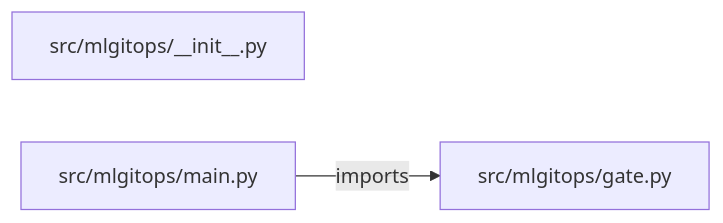
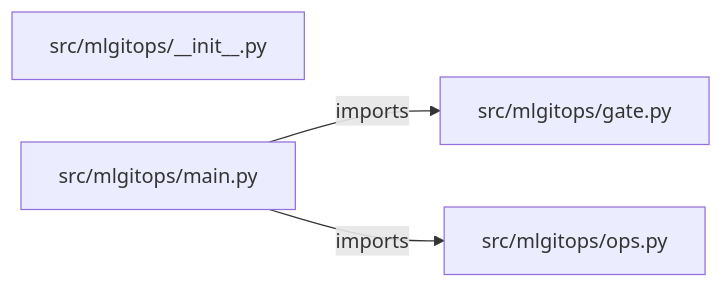
Before and after one commit to iarsingh/gitops-for-ml-models: the diagram in PROJECT_ARCHITECTURE.md, drawn with Mermaid. The commit also changed other lines of this file and 2 other files, not shown here.

Commit message:
Refresh architecture and interview guides from current implementation

````diff
--- a/PROJECT_ARCHITECTURE.md
+++ b/PROJECT_ARCHITECTURE.md
@@ -13,7 +13,9 @@
 ```mermaid
 flowchart LR
     M0["src/mlgitops/__init__.py"]
     M1["src/mlgitops/gate.py"]
     M2["src/mlgitops/main.py"]
+    M3["src/mlgitops/ops.py"]
     M2 -->|imports| M1
+    M2 -->|imports| M3
 ```
````
